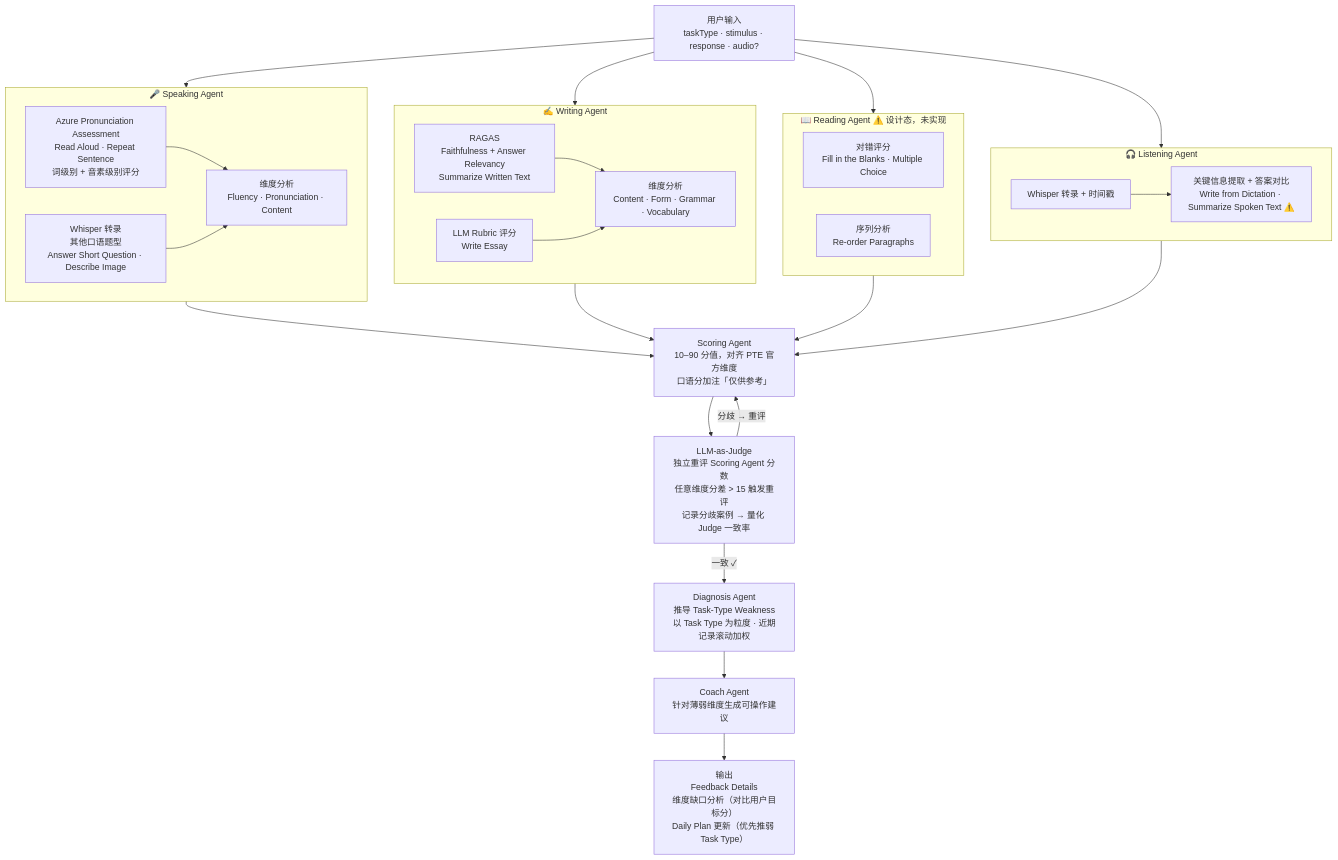
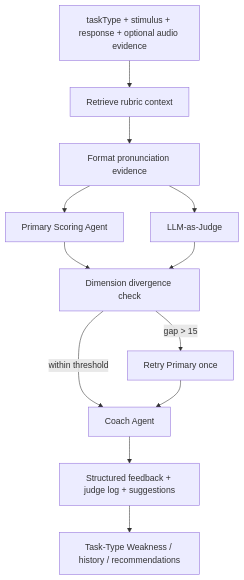
One commit to ShuXingX1ng/EchoLingo changed the first of 2 diagrams in docs/agent-architecture.md. Above: the diagram before and after it, drawn with Mermaid. The commit also changed other lines of this file and 24 other files, not shown here.

First line of the commit message:
docs: consolidate project context, roadmaps, and ADRs

````diff
--- a/docs/agent-architecture.md
+++ b/docs/agent-architecture.md
@@ -3,58 +9,14 @@
 ```mermaid
 flowchart TD
-    INPUT["用户输入\ntaskType · stimulus · response · audio?"]
-
-    subgraph SA["🎤 Speaking Agent"]
-        SA1["Azure Pronunciation Assessment\nRead Aloud · Repeat Sentence\n词级别 + 音素级别评分"]
-        SA2["Whisper 转录\n其他口语题型\nAnswer Short Question · Describe Image"]
-        SA3["维度分析\nFluency · Pronunciation · Content"]
-        SA1 --> SA3
-        SA2 --> SA3
-    end
-
-    subgraph WA["✍️ Writing Agent"]
-        WA1["RAGAS\nFaithfulness + Answer Relevancy\nSummarize Written Text"]
-        WA2["LLM Rubric 评分\nWrite Essay"]
-        WA3["维度分析\nContent · Form · Grammar · Vocabulary"]
-        WA1 --> WA3
-        WA2 --> WA3
-    end
-
-    subgraph RA["📖 Reading Agent  ⚠️ 设计态，未实现"]
-        RA1["对错评分\nFill in the Blanks · Multiple Choice"]
-        RA2["序列分析\nRe-order Paragraphs"]
-    end
-
-    subgraph LA["🎧 Listening Agent"]
-        LA1["Whisper 转录 + 时间戳"]
-        LA2["关键信息提取 + 答案对比\nWrite from Dictation · Summarize Spoken Text ⚠️"]
-        LA1 --> LA2
-    end
-
-    SCORE["Scoring Agent\n10–90 分值，对齐 PTE 官方维度\n口语分加注「仅供参考」"]
-
-    DIAG["Diagnosis Agent\n推导 Task-Type Weakness\n以 Task Type 为粒度 · 近期记录滚动加权"]
-
-    COACH["Coach Agent\n针对薄弱维度生成可操作建议"]
-
-    JUDGE["LLM-as-Judge\n独立重评 Scoring Agent 分数\n任意维度分差 > 15 触发重评\n记录分歧案例 → 量化 Judge 一致率"]
-
-    OUT["输出\nFeedback Details\n维度缺口分析（对比用户目标分）\nDaily Plan 更新（优先推弱 Task Type）"]
-
-    INPUT --> SA
-    INPUT --> WA
-    INPUT --> RA
-    INPUT --> LA
-
-    SA --> SCORE
-    WA --> SCORE
-    RA --> SCORE
-    LA --> SCORE
-
-    SCORE --> JUDGE
-    JUDGE -->|"一致 ✓"| DIAG
-    JUDGE -->|"分歧 → 重评"| SCORE
-
-    DIAG --> COACH
-    COACH --> OUT
+    IN["taskType + stimulus + response + optional audio evidence"] --> RAG["Retrieve rubric context"]
+    RAG --> PRON["Format pronunciation evidence"]
+    PRON --> PRIMARY["Primary Scoring Agent"]
+    PRON --> JUDGE["LLM-as-Judge"]
+    PRIMARY --> CHECK["Dimension divergence check"]
+    JUDGE --> CHECK
+    CHECK -->|"gap > 15"| RETRY["Retry Primary once"]
+    CHECK -->|"within threshold"| COACH["Coach Agent"]
+    RETRY --> COACH
+    COACH --> OUT["Structured feedback + judge log + suggestions"]
+    OUT --> PROFILE["Task-Type Weakness / history / recommendations"]
 ```
````
